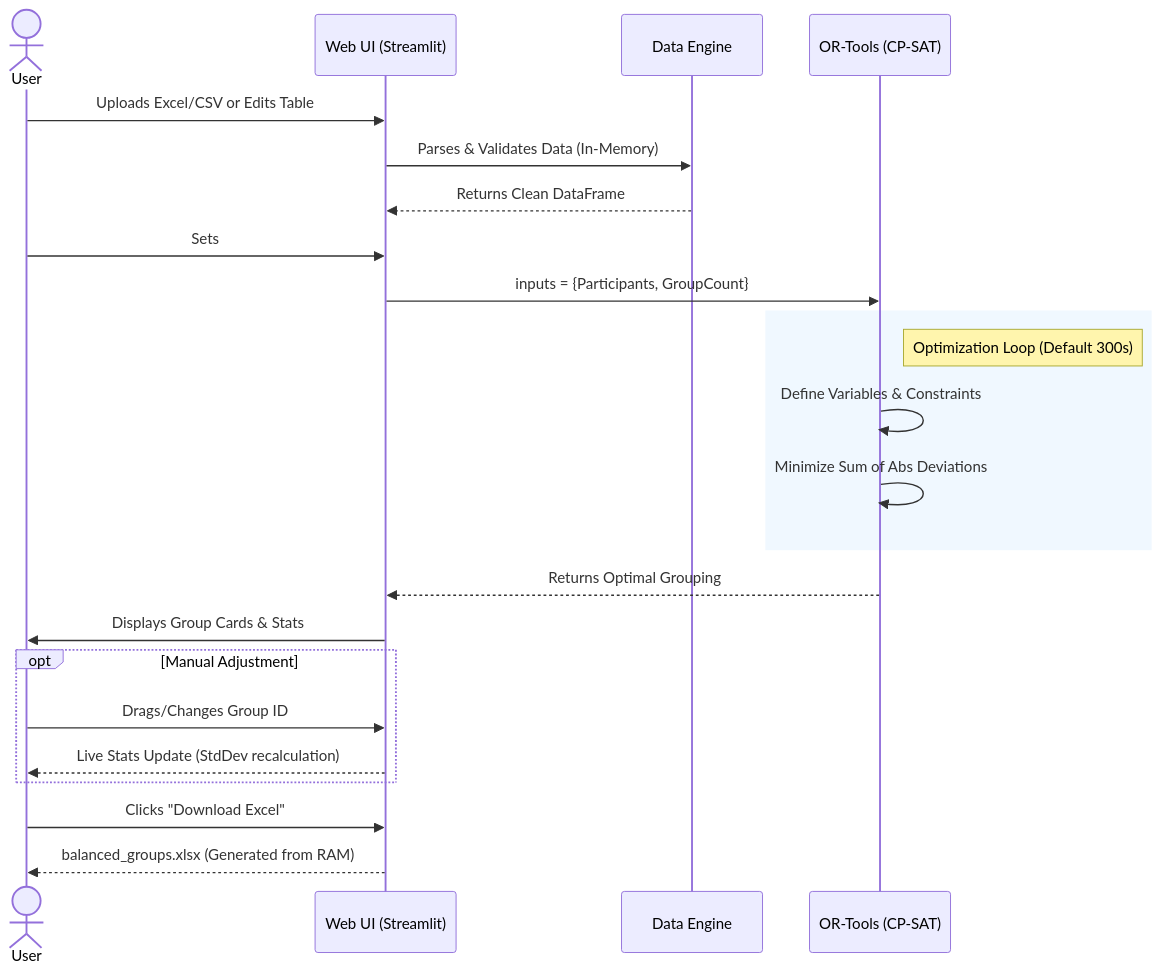
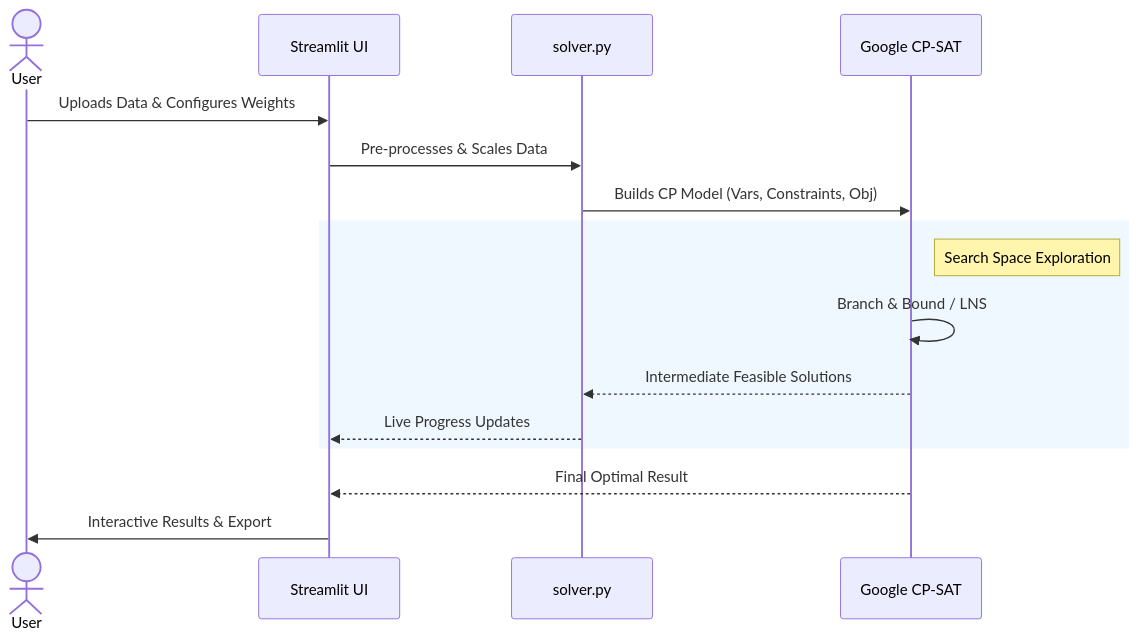
The diagram in README.md (genes3e7/Group-Balancer), drawn with Mermaid before and after one commit. The commit also changed other lines of this file and 7 other files, not shown here.

````diff
--- a/README.md
+++ b/README.md
@@ -38,35 +104,21 @@
 ```mermaid
 sequenceDiagram
     actor User
-    participant Browser as Web UI (Streamlit)
-    participant Core as Data Engine
-    participant Solver as OR-Tools (CP-SAT)
+    participant UI as Streamlit UI
+    participant Core as solver.py
+    participant SAT as Google CP-SAT
 
-    %% Step 1
-    User->>Browser: Uploads Excel/CSV or Edits Table
-    Browser->>Core: Parses & Validates Data (In-Memory)
-    Core-->>Browser: Returns Clean DataFrame
-
-    %% Step 2
-    User->>Browser: Sets # of Groups & Clicks "Generate"
-    Browser->>Solver: inputs = {Participants, GroupCount}
+    User->>UI: Uploads Data & Configures Weights
+    UI->>Core: Pre-processes & Scales Data
+    Core->>SAT: Builds CP Model (Vars, Constraints, Obj)
     
     rect rgb(240, 248, 255)
-    note right of Solver: Optimization Loop (Default 300s)
-    Solver->>Solver: Define Variables & Constraints
-    Solver->>Solver: Minimize Sum of Abs Deviations
+    note right of SAT: Search Space Exploration
+    SAT->>SAT: Branch & Bound / LNS
+    SAT-->>Core: Intermediate Feasible Solutions
+    Core-->>UI: Live Progress Updates
     end
-    
-    Solver-->>Browser: Returns Optimal Grouping
-    
-    %% Step 3
-    Browser->>User: Displays Group Cards & Stats
-    
-    opt Manual Adjustment
-        User->>Browser: Drags/Changes Group ID
-        Browser-->>User: Live Stats Update (StdDev recalculation)
-    end
-    
-    User->>Browser: Clicks "Download Excel"
-    Browser-->>User: balanced_groups.xlsx (Generated from RAM)
+
+    SAT-->>UI: Final Optimal Result
+    UI->>User: Interactive Results & Export
 ```
````
